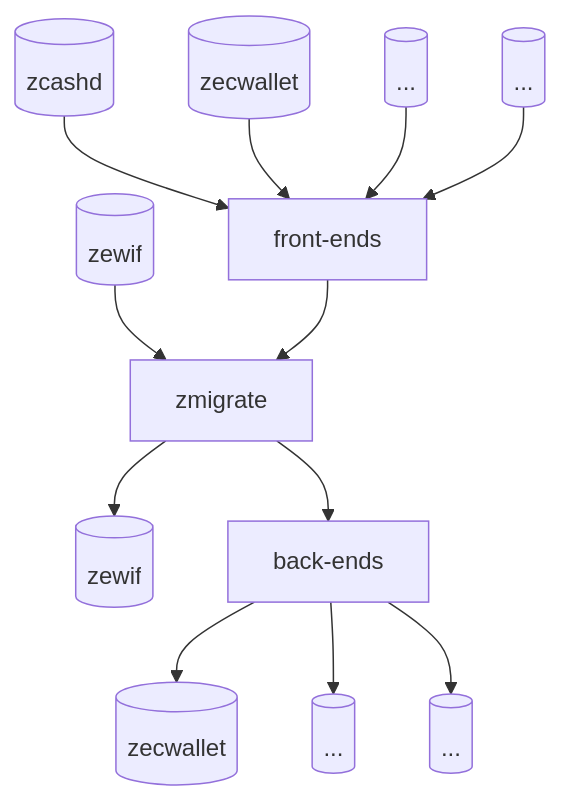
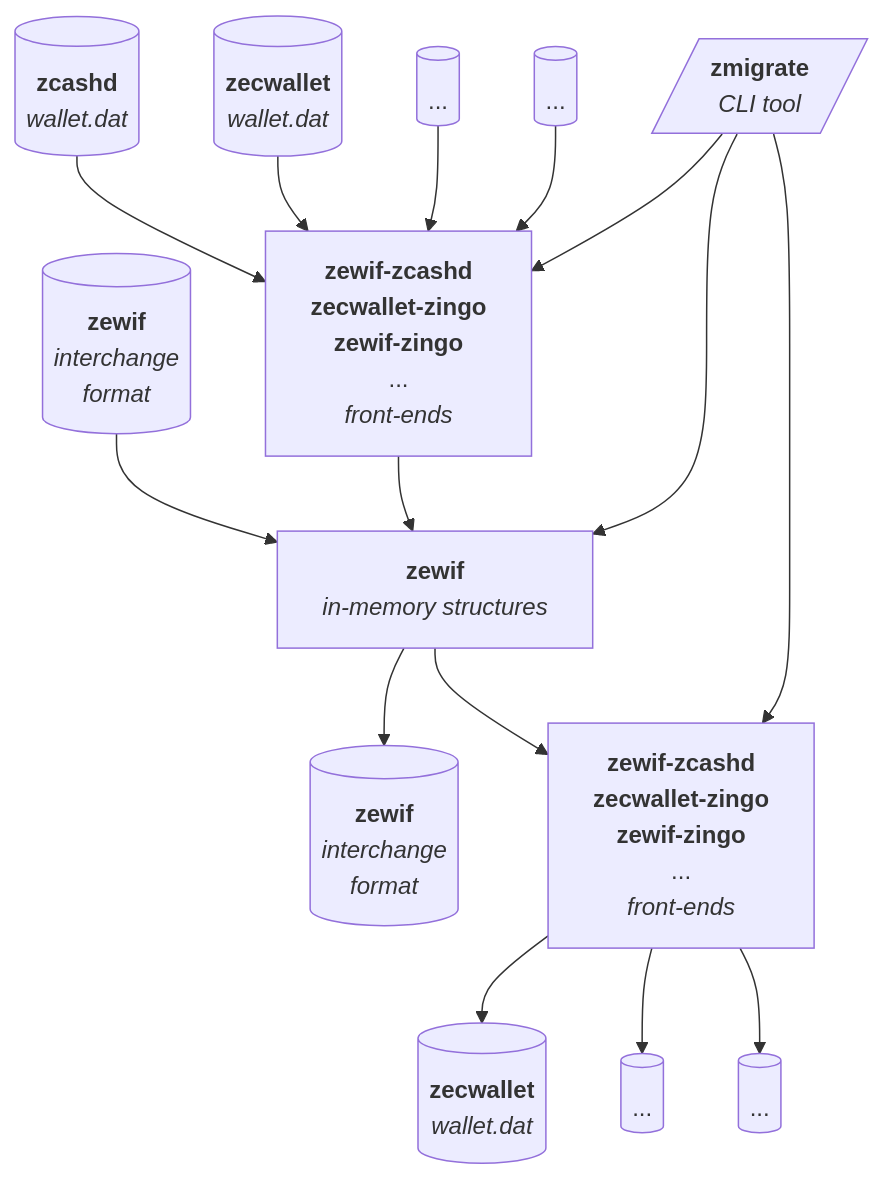
Before and after one commit to zingolabs/zmigrate: the diagram in README.md, drawn with Mermaid. The commit also changed other lines of this file and 3 other files, not shown here.

````diff
--- a/README.md
+++ b/README.md
@@ -81,14 +78,33 @@
 ```mermaid
 graph TD
-    A[(zcashd)] --> B[front-ends]
-    D[(zecwallet)] --> B
-    C[(...)] --> B
-    E[(...)] --> B
-    H[(zewif)] --> G
-    B --> G[zmigrate]
-    G --> I[(zewif)]
-    G --> M[back-ends]
-    M --> J[(zecwallet)]
-    M --> K[(...)]
-    M --> L[(...)]
+    A[(<b>zcashd</b><br><i>wallet.dat</i>)]
+    B[<b>zewif-zcashd</b><br><b>zecwallet-zingo</b><br><b>zewif-zingo</b><br>...<br><i>front-ends</i>]
+    C[(...)]
+    D[(<b>zecwallet</b><br><i>wallet.dat</i>)]
+    E[(...)]
+    G[<b>zewif</b><br><i>in-memory structures</i>]
+    H[(<b>zewif</b><br><i>interchange<br>format</i>)]
+    I[(<b>zewif</b><br><i>interchange<br>format</i>)]
+    J[(<b>zecwallet</b><br><i>wallet.dat</i>)]
+    K[(...)]
+    L[(...)]
+    M[<b>zewif-zcashd</b><br><b>zecwallet-zingo</b><br><b>zewif-zingo</b><br>...<br><i>front-ends</i>]
+    N[/<b>zmigrate</b><br><i>CLI tool</i>/]
+
+    A --> B
+    D --> B
+    C --> B
+    E --> B
+
+    H --> G
+    B --> G
+    G --> I
+    G --> M
+    M --> J
+    M --> K
+    M --> L
+
+    N --> G
+    N --> B
+    N --> M
 ```
````
